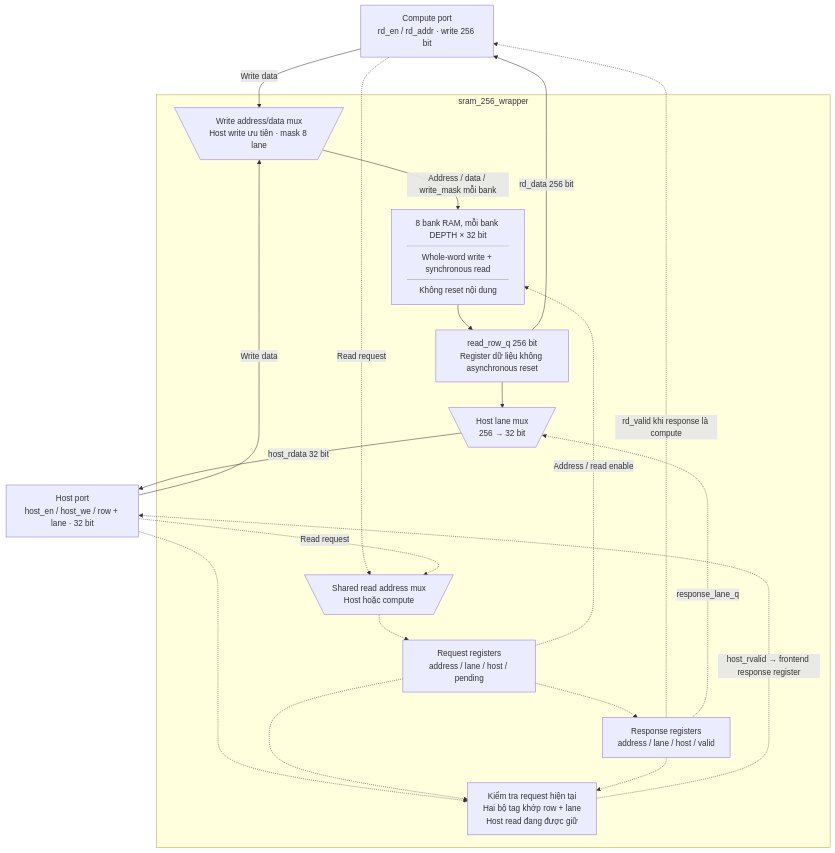
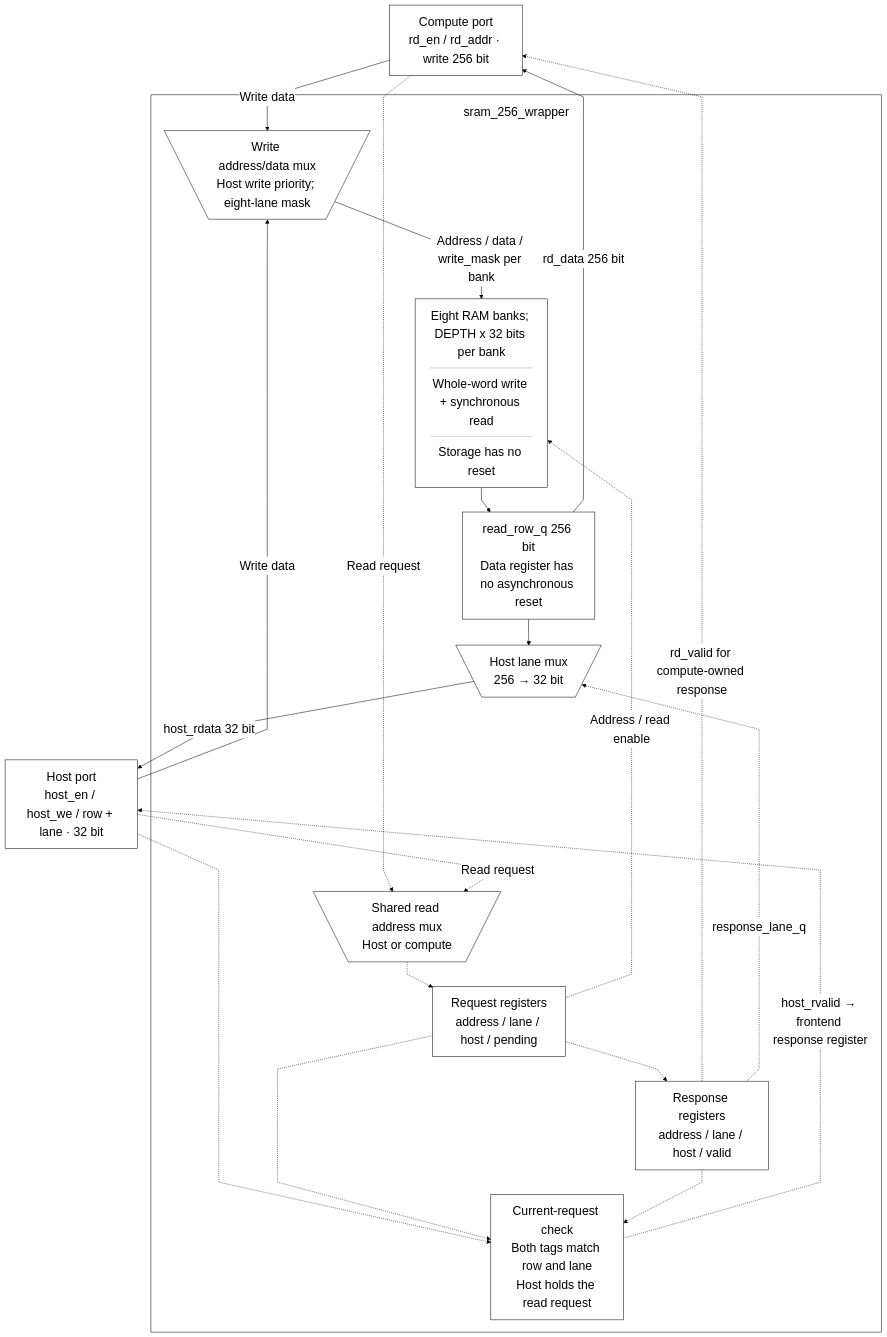
Before and after one commit to nguyennhutkhanhtom/NPU: the first of 2 diagrams in docs/source_guide/blocks/sram_256_wrapper.sv.md, drawn with Mermaid. The commit also changed other lines of this file and 102 other files, not shown here.

First line of the commit message:
docs: refresh guides and source-grounded RTL diagrams

````diff
--- a/docs/source_guide/blocks/sram_256_wrapper.sv.md
+++ b/docs/source_guide/blocks/sram_256_wrapper.sv.md
@@ -15,33 +15,36 @@
 ```mermaid
+%%{init: {"theme":"base","fontFamily":"Arial, sans-serif","themeVariables":{"fontSize":"24px","primaryColor":"#ffffff","primaryTextColor":"#000000","primaryBorderColor":"#000000","secondaryColor":"#ffffff","tertiaryColor":"#ffffff","lineColor":"#000000","textColor":"#000000","mainBkg":"#ffffff","nodeBorder":"#000000","clusterBkg":"#ffffff","clusterBorder":"#000000","edgeLabelBackground":"#ffffff"},"flowchart":{"htmlLabels":true,"useMaxWidth":false,"nodeSpacing":32,"rankSpacing":48,"curve":"linear","subGraphTitleMargin":{"top":16,"bottom":30}}}}%%
 flowchart TB
     C["Compute port<br/>rd_en / rd_addr · write 256 bit"]
     H["Host port<br/>host_en / host_we / row + lane · 32 bit"]
     subgraph SRAM["sram_256_wrapper"]
-        WM@{ shape: trap-t, label: "Write address/data mux<br/>Host write ưu tiên · mask 8 lane" }
-        RM@{ shape: trap-t, label: "Shared read address mux<br/>Host hoặc compute" }
+        WM@{ shape: trap-t, label: "Write address/data mux<br/>Host write priority; eight-lane mask" }
+        RM@{ shape: trap-t, label: "Shared read address mux<br/>Host or compute" }
         REQ["Request registers<br/>address / lane / host / pending"]
-        MEM@{ shape: rect, label: "8 bank RAM, mỗi bank DEPTH × 32 bit<hr/>Whole-word write + synchronous read<hr/>Không reset nội dung" }
-        DATA["read_row_q 256 bit<br/>Register dữ liệu không asynchronous reset"]
+        MEM@{ shape: rect, label: "Eight RAM banks; DEPTH x 32 bits per bank<hr/>Whole-word write + synchronous read<hr/>Storage has no reset" }
+        DATA["read_row_q 256 bit<br/>Data register has no asynchronous reset"]
         TAG["Response registers<br/>address / lane / host / valid"]
         LANE@{ shape: trap-t, label: "Host lane mux<br/>256 → 32 bit" }
-        MATCH["Kiểm tra request hiện tại<br/>Hai bộ tag khớp row + lane<br/>Host read đang được giữ" ]
+        MATCH["Current-request check<br/>Both tags match row and lane<br/>Host holds the read request" ]
     end
     C -->|"Write data"| WM
     H -->|"Write data"| WM
-    WM -->|"Address / data / write_mask mỗi bank"| MEM
+    WM -->|"Address / data / write_mask per bank"| MEM
     C -.->|"Read request"| RM
     H -.->|"Read request"| RM
     RM -.-> REQ
     REQ -.->|"Address / read enable"| MEM
     MEM --> DATA
     REQ -.-> TAG
     DATA -->|"rd_data 256 bit"| C
-    TAG -.->|"rd_valid khi response là compute"| C
+    TAG -.->|"rd_valid for compute-owned response"| C
     DATA --> LANE
     TAG -.->|"response_lane_q"| LANE
     LANE -->|"host_rdata 32 bit"| H
     H -.-> MATCH
     REQ -.-> MATCH
     TAG -.-> MATCH
     MATCH -.->|"host_rvalid → frontend response register"| H
+    classDef default fill:white,stroke:black,color:black,font-size:24px;
+    linkStyle default stroke:black,color:black;
 ```
````
